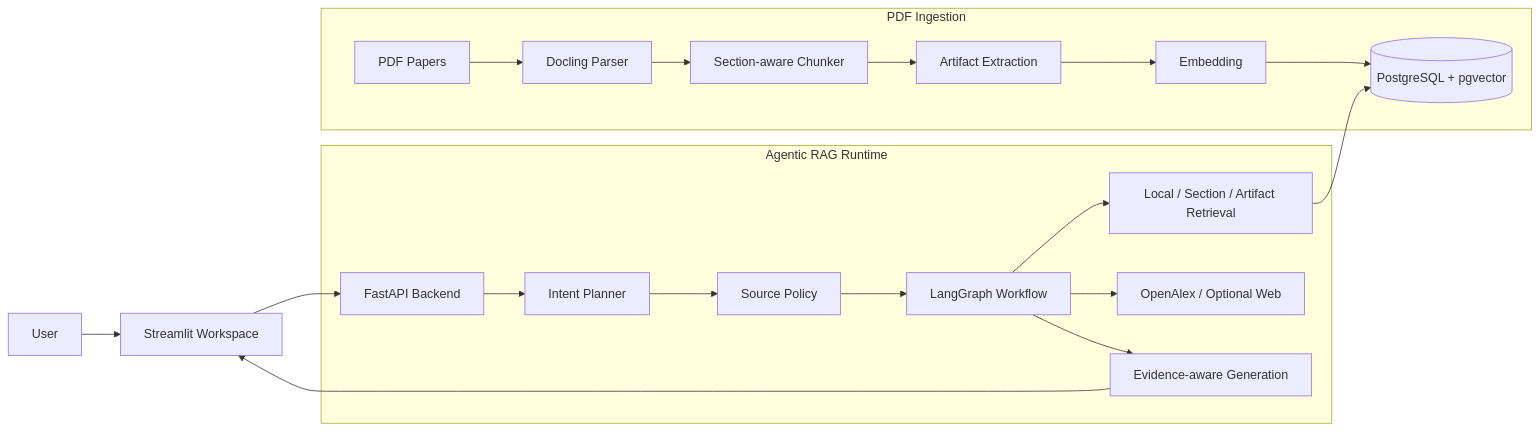
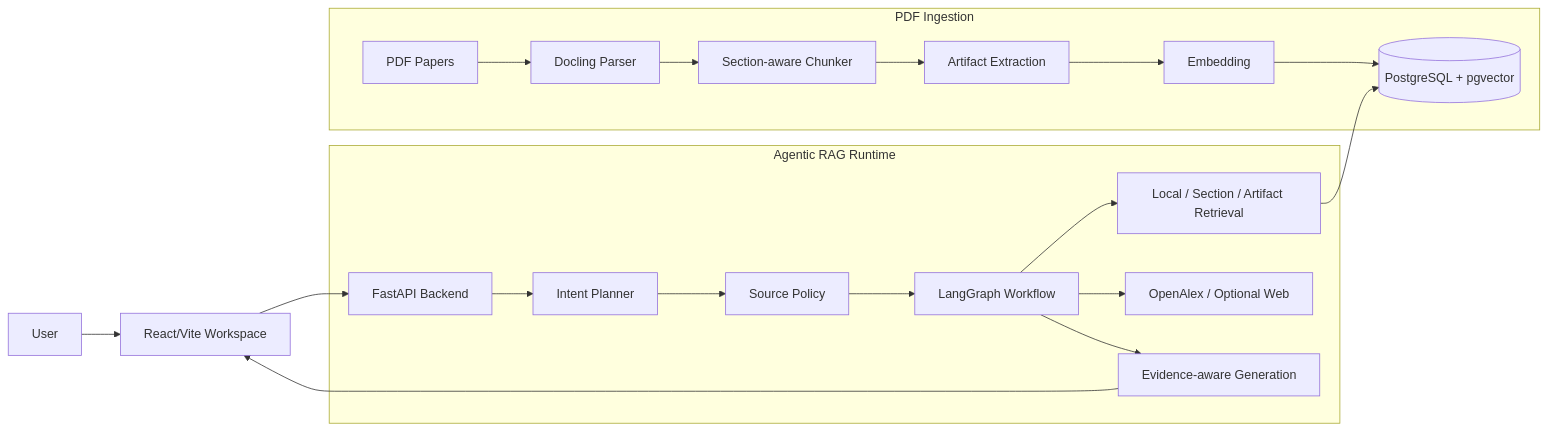
Before and after one commit to zebir-sir/agentic-rag-paper-assistant: the first of 2 diagrams in docs/DESIGN.md, drawn with Mermaid. The commit also changed other lines of this file and 138 other files, not shown here.

````diff
--- a/docs/DESIGN.md
+++ b/docs/DESIGN.md
@@ -13,25 +13,25 @@
 ```mermaid
 flowchart LR
-    User[User] --> UI[Streamlit Workspace]
+    User[User] --> UI[React/Vite Workspace]
     UI --> API[FastAPI Backend]
 
     subgraph Ingestion[PDF Ingestion]
         PDF[PDF Papers] --> Docling[Docling Parser]
         Docling --> Chunker[Section-aware Chunker]
         Chunker --> Artifacts[Artifact Extraction]
         Artifacts --> Embed[Embedding]
         Embed --> DB[(PostgreSQL + pgvector)]
     end
 
     subgraph Runtime[Agentic RAG Runtime]
         API --> Planner[Intent Planner]
         Planner --> Policy[Source Policy]
         Policy --> Graph[LangGraph Workflow]
         Graph --> Local[Local / Section / Artifact Retrieval]
         Local --> DB
         Graph --> External[OpenAlex / Optional Web]
         Graph --> Answer[Evidence-aware Generation]
     end
 
     Answer --> UI
 ```
````
